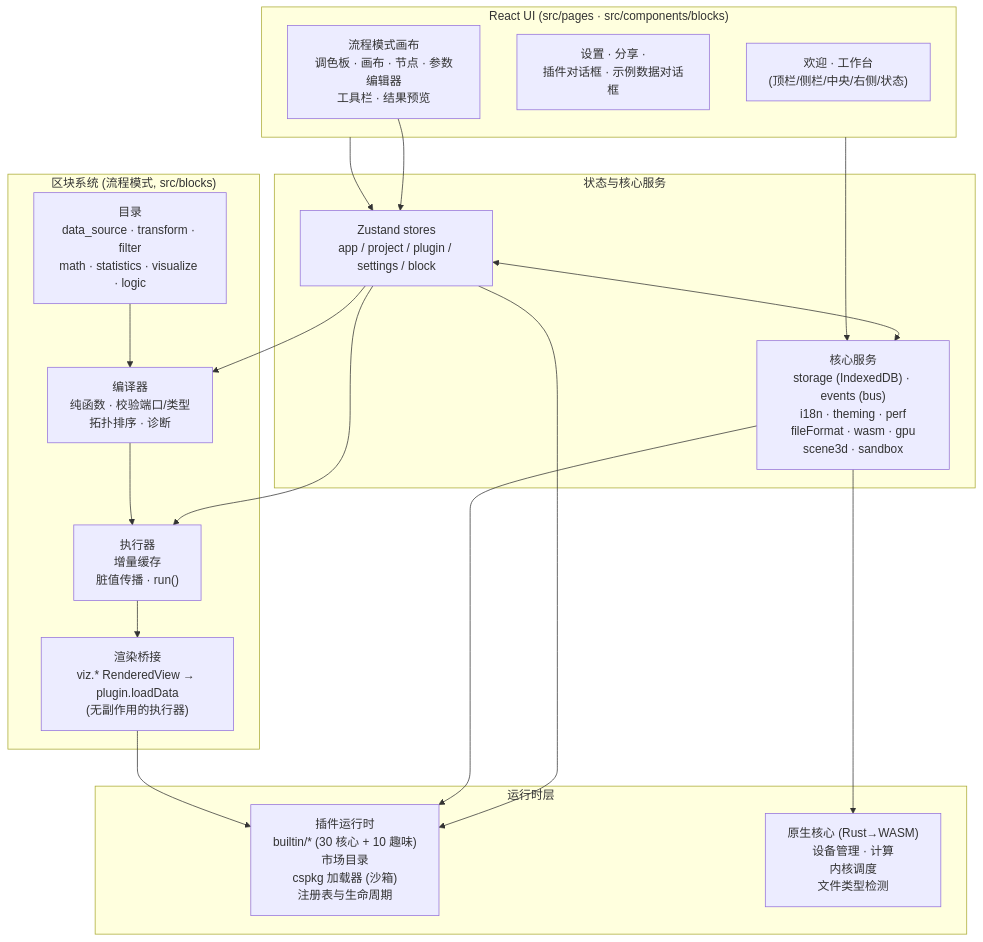
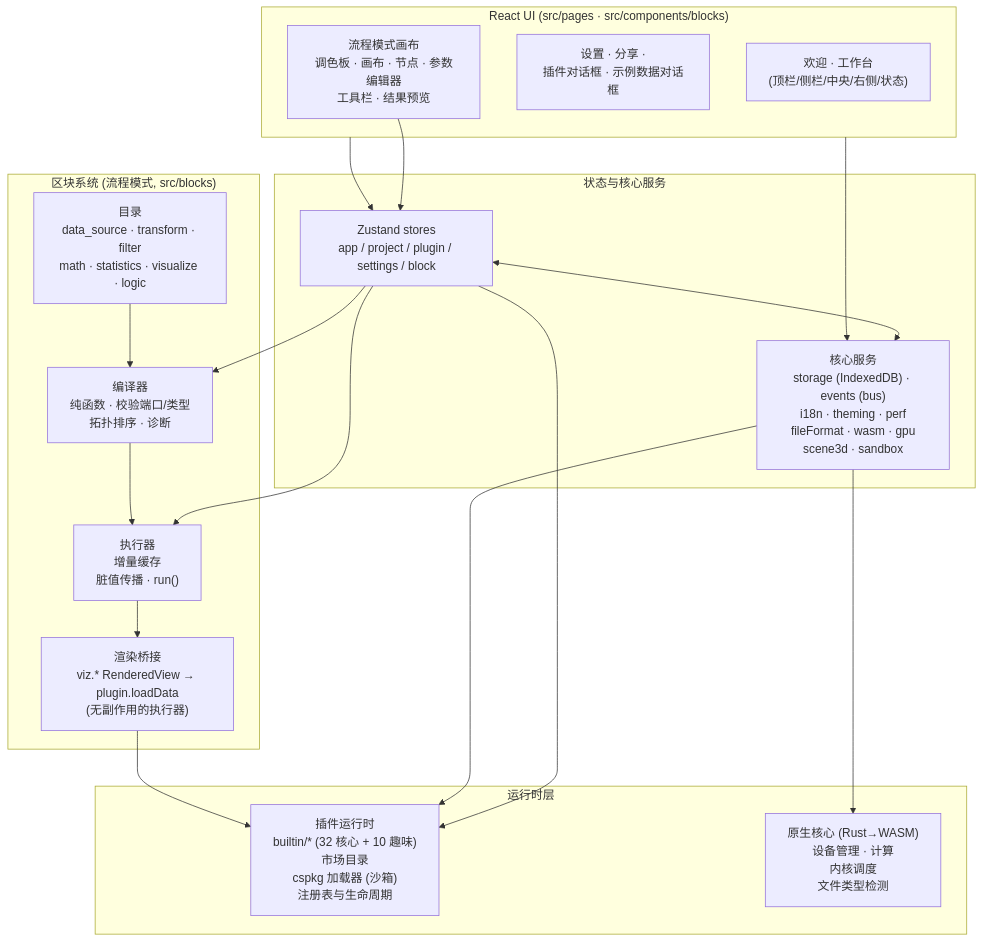
The diagram in README.zh-CN.md (SnowLeopard-io/ErgalicsStudio), drawn with Mermaid before and after one commit. The commit also changed other lines of this file and 9 other files, not shown here.

````diff
--- a/README.zh-CN.md
+++ b/README.zh-CN.md
@@ -170,39 +170,39 @@
 ```mermaid
 flowchart TB
     subgraph UI["React UI (src/pages · src/components/blocks)"]
         A1["欢迎 · 工作台<br/>(顶栏/侧栏/中央/右侧/状态)"]
         A2["设置 · 分享 ·<br/>插件对话框 · 示例数据对话框"]
         A3["流程模式画布<br/>调色板 · 画布 · 节点 · 参数编辑器<br/>工具栏 · 结果预览"]
     end
 
     subgraph State["状态与核心服务"]
         B1["Zustand stores<br/>app / project / plugin / settings / block"]
         B2["核心服务<br/>storage (IndexedDB) · events (bus)<br/>i18n · theming · perf<br/>fileFormat · wasm · gpu<br/>scene3d · sandbox"]
     end
 
     subgraph Blocks["区块系统 (流程模式, src/blocks)"]
         D1["目录<br/>data_source · transform · filter<br/>math · statistics · visualize · logic"]
         D2["编译器<br/>纯函数 · 校验端口/类型<br/>拓扑排序 · 诊断"]
         D3["执行器<br/>增量缓存<br/>脏值传播 · run()"]
         D4["渲染桥接<br/>viz.* RenderedView → plugin.loadData<br/>(无副作用的执行器)"]
     end
 
     subgraph Runtime["运行时层"]
-        C1["插件运行时<br/>builtin/* (30 核心 + 10 趣味)<br/>市场目录<br/>cspkg 加载器 (沙箱)<br/>注册表与生命周期"]
+        C1["插件运行时<br/>builtin/* (32 核心 + 10 趣味)<br/>市场目录<br/>cspkg 加载器 (沙箱)<br/>注册表与生命周期"]
         C2["原生核心 (Rust→WASM)<br/>设备管理 · 计算<br/>内核调度<br/>文件类型检测"]
     end
 
     UI --> B1
     UI --> B2
     B1 <--> B2
     B1 --> C1
     B2 --> C1
     B2 --> C2
     A3 --> B1
     B1 --> D2
     B1 --> D3
     D2 --> D3
     D1 --> D2
     D3 --> D4
     D4 --> C1
 ```
````
